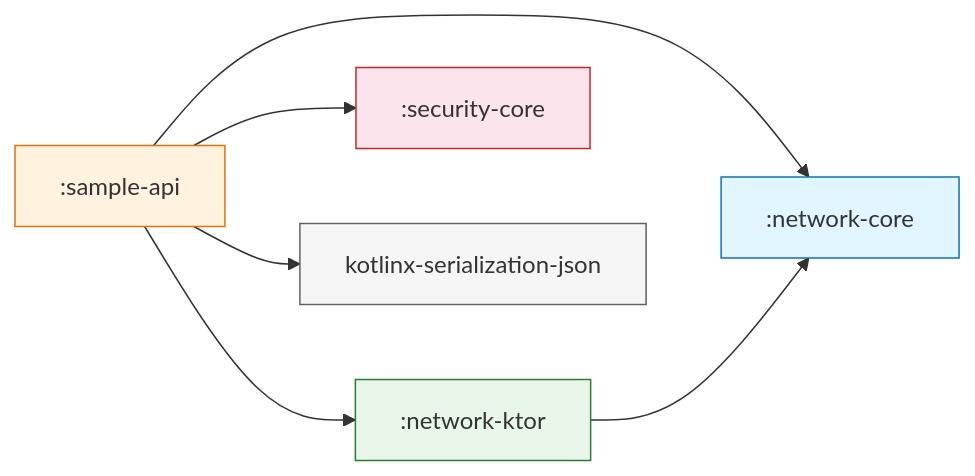
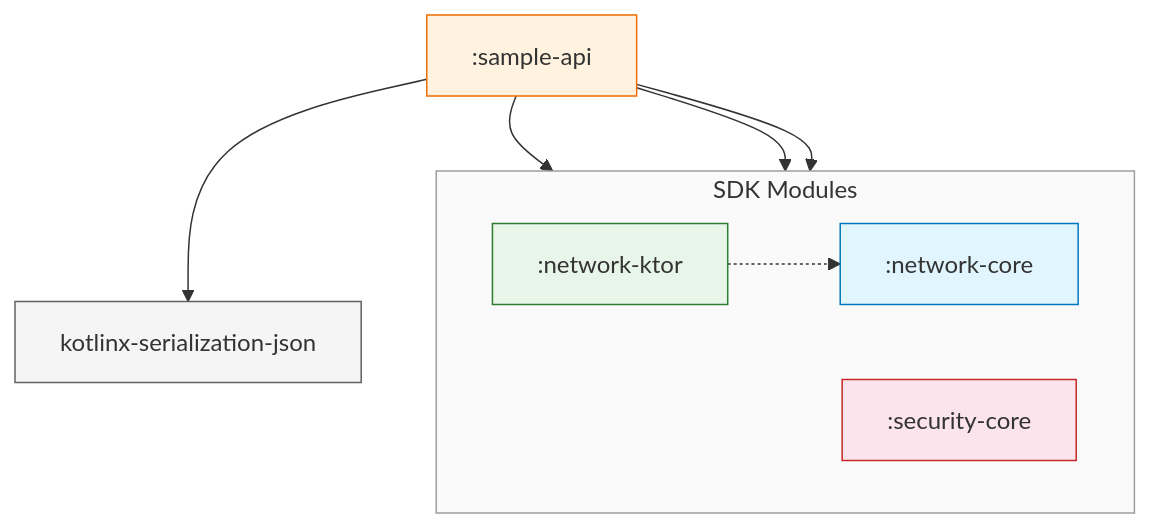
One commit to DanCrRdz93/core-data-platform changed the second of 2 diagrams in sample-api/README.md. Above: the diagram before and after it, drawn with Mermaid. The commit also changed other lines of this file and 8 other files, not shown here.

Commit message:
update diagrams

````diff
--- a/sample-api/README.md
+++ b/sample-api/README.md
@@ -387,14 +409,26 @@
 ```mermaid
-graph LR
-    SA[":sample-api"] --> NC[":network-core"]
-    SA --> NK[":network-ktor"]
-    SA --> SC[":security-core"]
-    SA --> SER["kotlinx-serialization-json"]
-    NK --> NC
+graph TD
+    SA[":sample-api"]
+
+    subgraph SDK["SDK Modules"]
+        direction LR
+        NC[":network-core"]
+        NK[":network-ktor"]
+        SC[":security-core"]
+    end
+
+    SER["kotlinx-serialization-json"]
+
+    SA --> NC
+    SA --> NK
+    SA --> SC
+    SA --> SER
+    NK -.-> NC
 
     style SA fill:#fff3e0,stroke:#ef6c00
+    style SDK fill:#fafafa,stroke:#9e9e9e
     style NC fill:#e1f5fe,stroke:#0277bd
     style NK fill:#e8f5e9,stroke:#2e7d32
     style SC fill:#fce4ec,stroke:#c62828
     style SER fill:#f5f5f5,stroke:#616161
 ```
````
